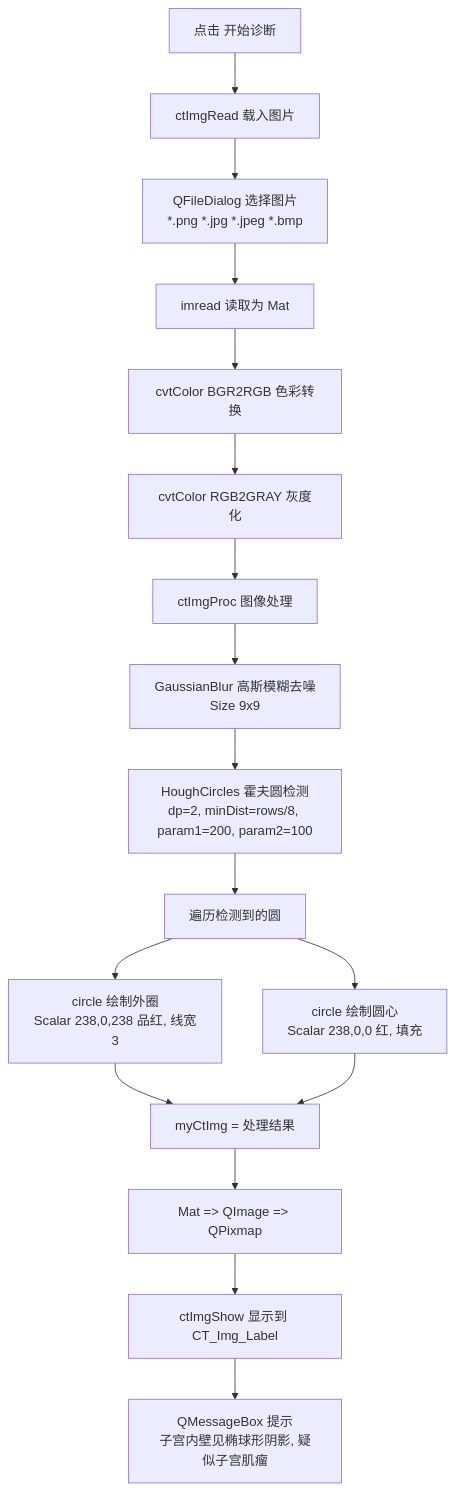
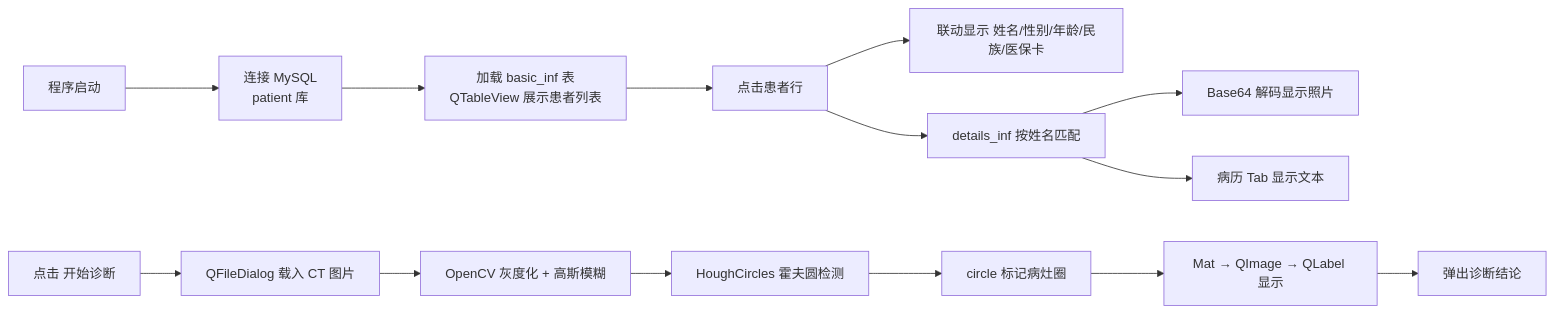
The diagram in README.md (dev2751723886/Color-Ultrasound-System), drawn with Mermaid before and after one commit. The commit also changed other lines of this file, not shown here.

````diff
--- a/README.md
+++ b/README.md
@@ -301,19 +212,17 @@
 ```mermaid
-flowchart TD
-    A[点击 开始诊断] --> B[ctImgRead 载入图片]
-    B --> C["QFileDialog 选择图片<br/>*.png *.jpg *.jpeg *.bmp"]
-    C --> D[imread 读取为 Mat]
-    D --> E[cvtColor BGR2RGB 色彩转换]
-    E --> F[cvtColor RGB2GRAY 灰度化]
-    F --> G[ctImgProc 图像处理]
-    G --> H[GaussianBlur 高斯模糊去噪<br/>Size 9x9]
-    H --> I["HoughCircles 霍夫圆检测<br/>dp=2, minDist=rows/8, param1=200, param2=100"]
-    I --> J[遍历检测到的圆]
-    J --> K["circle 绘制外圈<br/>Scalar 238,0,238 品红, 线宽3"]
-    J --> L["circle 绘制圆心<br/>Scalar 238,0,0 红, 填充"]
-    K --> M[myCtImg = 处理结果]
-    L --> M
-    M --> N[Mat => QImage => QPixmap]
-    N --> O[ctImgShow 显示到 CT_Img_Label]
-    O --> P["QMessageBox 提示<br/>子宫内壁见椭球形阴影, 疑似子宫肌瘤"]
+flowchart LR
+    A[程序启动] --> B[连接 MySQL<br/>patient 库]
+    B --> C[加载 basic_inf 表<br/>QTableView 展示患者列表]
+    C --> D[点击患者行]
+    D --> E[联动显示 姓名/性别/年龄/民族/医保卡]
+    D --> F[details_inf 按姓名匹配]
+    F --> G[Base64 解码显示照片]
+    F --> H[病历 Tab 显示文本]
+
+    I[点击 开始诊断] --> J[QFileDialog 载入 CT 图片]
+    J --> K[OpenCV 灰度化 + 高斯模糊]
+    K --> L[HoughCircles 霍夫圆检测]
+    L --> M[circle 标记病灶圈]
+    M --> N[Mat → QImage → QLabel 显示]
+    N --> O[弹出诊断结论]
 ```
````
